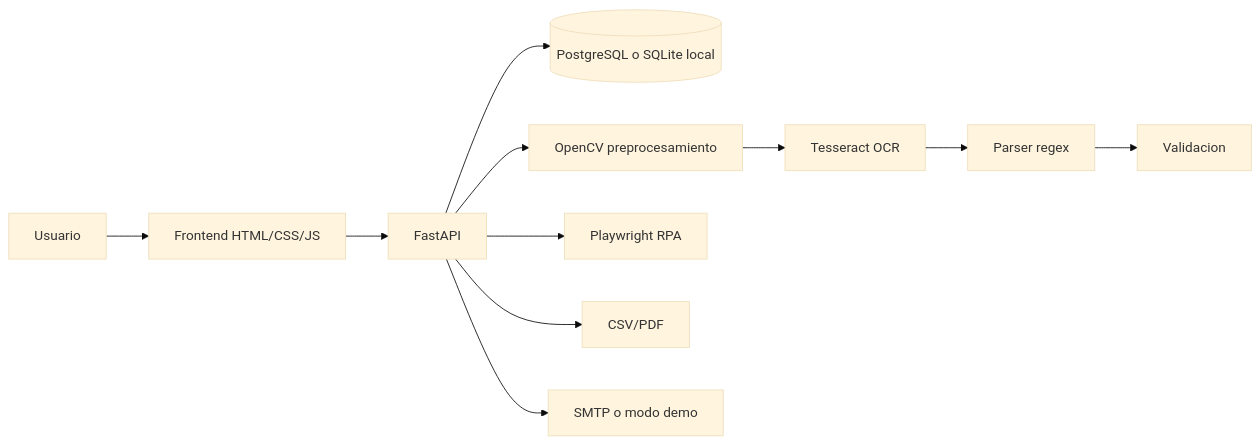
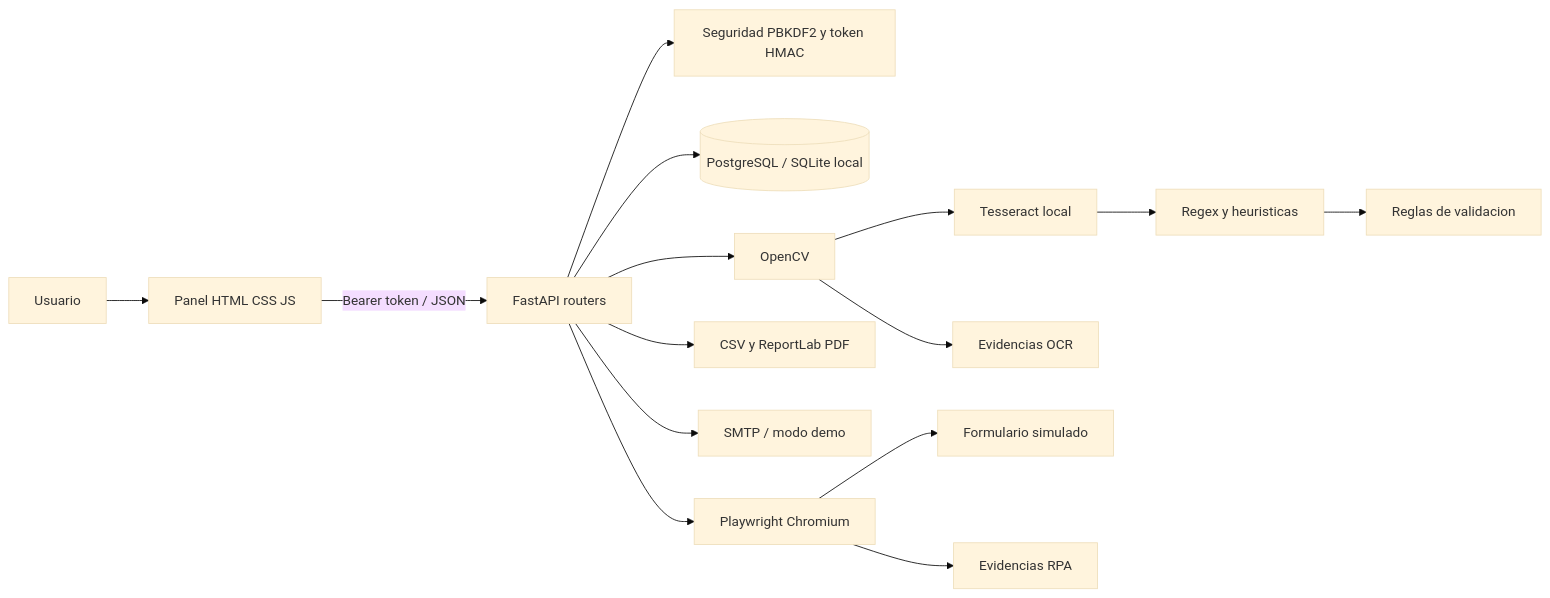
The first of 2 diagrams in practica3/docs/MANUAL_TECNICO.md (Pablo-Fernandez-001/IA1_VACASJUN2026_PABLOFERNANDEZ_201807411), drawn with Mermaid (base theme) before and after one commit. The commit also changed other lines of this file and 118 other files, not shown here.

````diff
--- a/practica3/docs/MANUAL_TECNICO.md
+++ b/practica3/docs/MANUAL_TECNICO.md
@@ -9,13 +21,17 @@
 ```mermaid
 flowchart LR
-    U[Usuario] --> F[Frontend HTML/CSS/JS]
-    F --> API[FastAPI]
-    API --> DB[(PostgreSQL o SQLite local)]
-    API --> CV[OpenCV preprocesamiento]
-    CV --> OCR[Tesseract OCR]
-    OCR --> Parser[Parser regex]
-    Parser --> Val[Validacion]
-    API --> RPA[Playwright RPA]
-    API --> Rep[CSV/PDF]
-    API --> SMTP[SMTP o modo demo]
+    U[Usuario] --> FE[Panel HTML CSS JS]
+    FE -->|Bearer token / JSON| API[FastAPI routers]
+    API --> AUTH[Seguridad PBKDF2 y token HMAC]
+    API --> DB[(PostgreSQL / SQLite local)]
+    API --> CV[OpenCV]
+    CV --> OCR[Tesseract local]
+    OCR --> PARSER[Regex y heuristicas]
+    PARSER --> VAL[Reglas de validacion]
+    API --> REP[CSV y ReportLab PDF]
+    API --> MAIL[SMTP / modo demo]
+    API --> RPA[Playwright Chromium]
+    RPA --> FORM[Formulario simulado]
+    CV --> EVI[Evidencias OCR]
+    RPA --> EVI2[Evidencias RPA]
 ```
````
